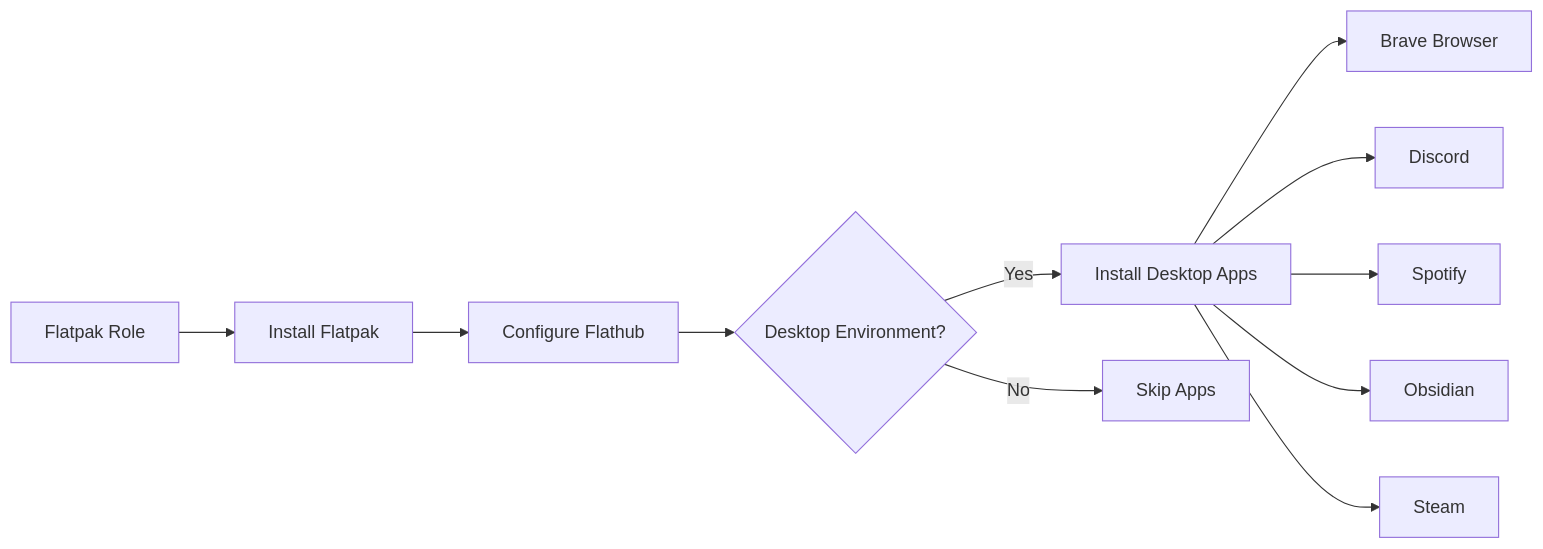
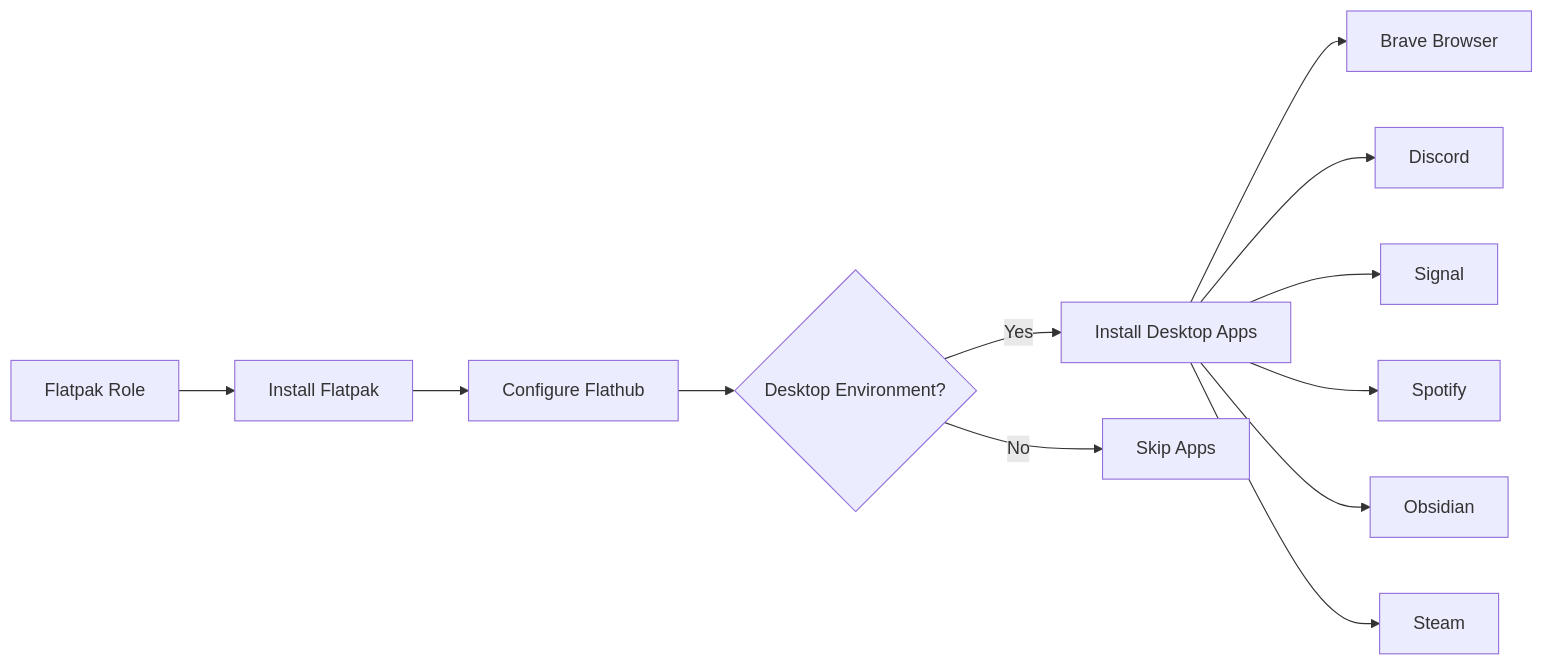
The second of 2 diagrams in dotfiles/roles/flatpak/README.md (uarslandev/infra), drawn with Mermaid before and after one commit. The commit also changed other lines of this file and 8 other files, not shown here.

````diff
--- a/dotfiles/roles/flatpak/README.md
+++ b/dotfiles/roles/flatpak/README.md
@@ -107,13 +108,14 @@
 ```mermaid
 graph LR
     A[Flatpak Role] --> B[Install Flatpak]
     B --> C[Configure Flathub]
     C --> D{Desktop Environment?}
     D -->|Yes| E[Install Desktop Apps]
     D -->|No| F[Skip Apps]
     E --> G[Brave Browser]
     E --> H[Discord]
-    E --> I[Spotify]
-    E --> J[Obsidian]
-    E --> K[Steam]
+    E --> I[Signal]
+    E --> J[Spotify]
+    E --> K[Obsidian]
+    E --> L[Steam]
 ```
````
